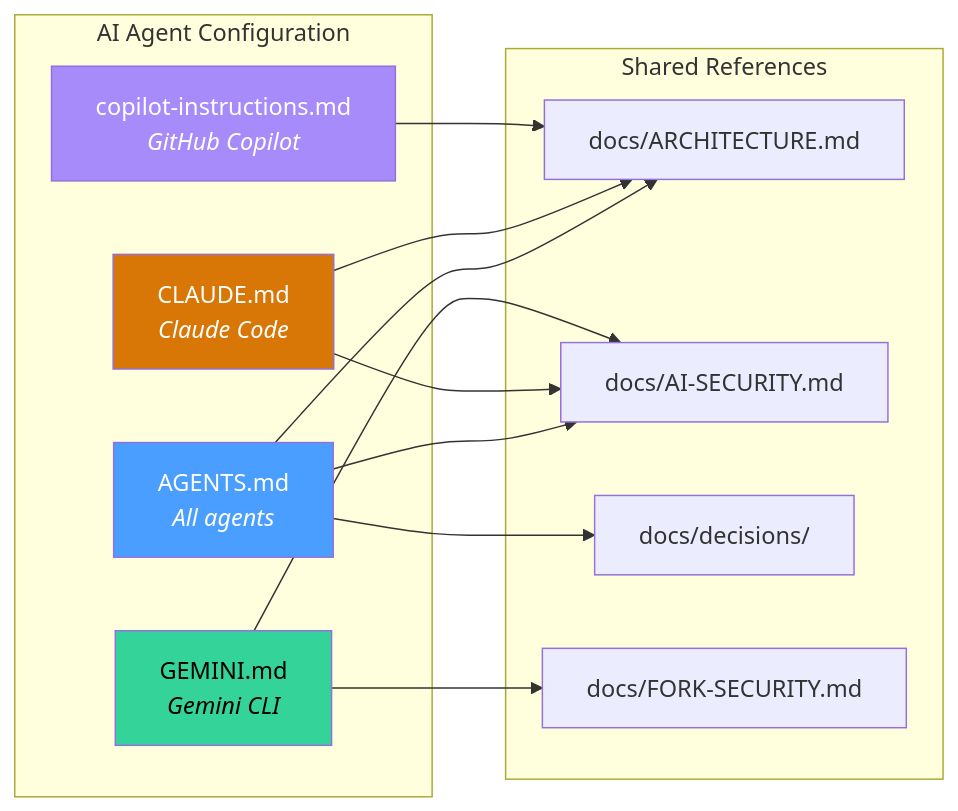
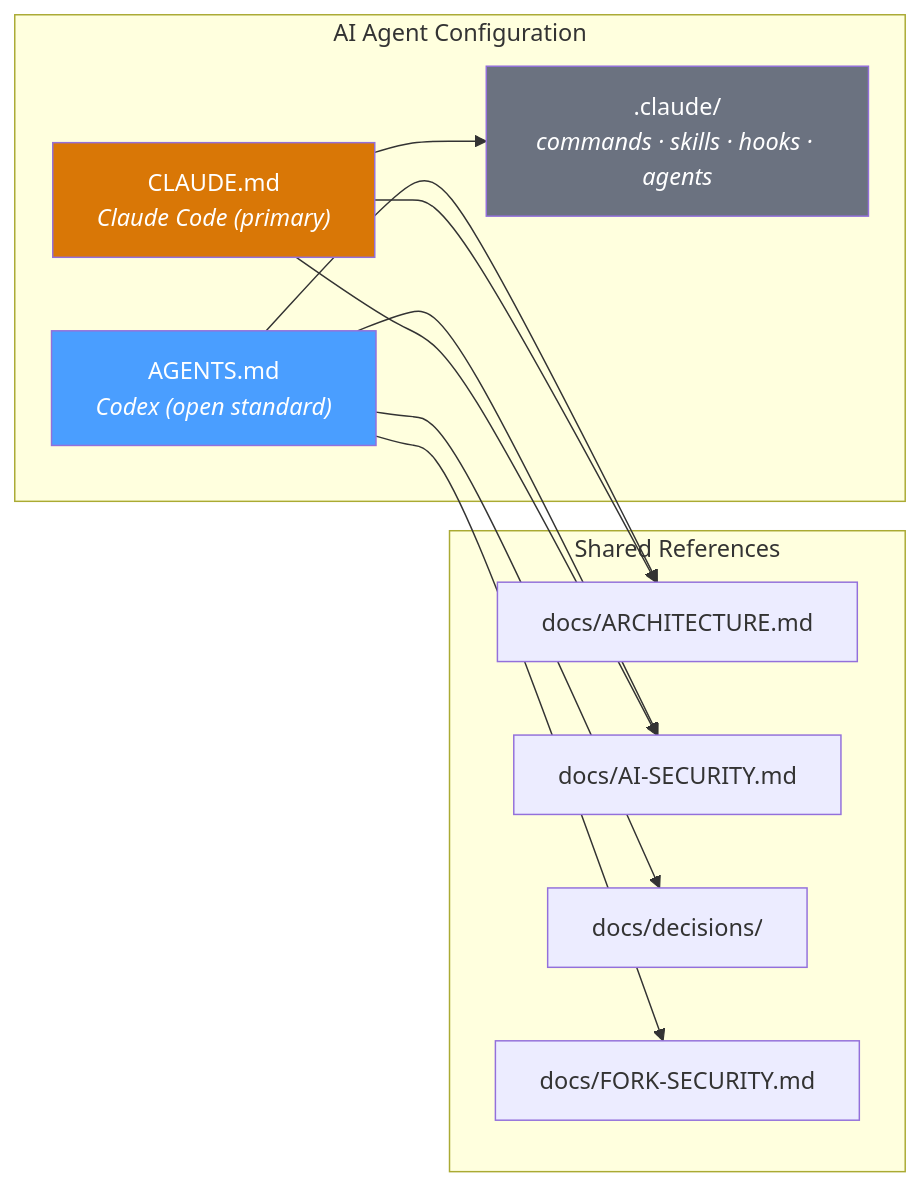
Before and after one commit to vbonk/repo-template: the first of 3 diagrams in AGENTS.md, drawn with Mermaid. The commit also changed other lines of this file and 28 other files, not shown here.

First line of the commit message:
feat!: focus on Claude Code (primary) + Codex — remove 5 agent configs everywhere (#153)

````diff
--- a/AGENTS.md
+++ b/AGENTS.md
@@ -31,30 +33,27 @@
 ```mermaid
 graph LR
     subgraph "AI Agent Configuration"
-        AGENTS["AGENTS.md<br/><i>All agents</i>"]
-        CLAUDE["CLAUDE.md<br/><i>Claude Code</i>"]
-        GEMINI["GEMINI.md<br/><i>Gemini CLI</i>"]
-        COPILOT["copilot-instructions.md<br/><i>GitHub Copilot</i>"]
+        AGENTS["AGENTS.md<br/><i>Codex (open standard)</i>"]
+        CLAUDE["CLAUDE.md<br/><i>Claude Code (primary)</i>"]
+        TOOLKIT[".claude/<br/><i>commands · skills · hooks · agents</i>"]
     end
 
     subgraph "Shared References"
         ARCH["docs/ARCHITECTURE.md"]
         SEC["docs/AI-SECURITY.md"]
         ADR["docs/decisions/"]
         FORK["docs/FORK-SECURITY.md"]
     end
 
     AGENTS --> ARCH
     AGENTS --> SEC
     AGENTS --> ADR
+    AGENTS --> FORK
     CLAUDE --> ARCH
     CLAUDE --> SEC
-    GEMINI --> SEC
-    GEMINI --> FORK
-    COPILOT --> ARCH
+    CLAUDE --> TOOLKIT
 
     style AGENTS fill:#4a9eff,color:#fff
     style CLAUDE fill:#d97706,color:#fff
-    style GEMINI fill:#34d399,color:#000
-    style COPILOT fill:#a78bfa,color:#fff
+    style TOOLKIT fill:#6b7280,color:#fff
 ```
````
